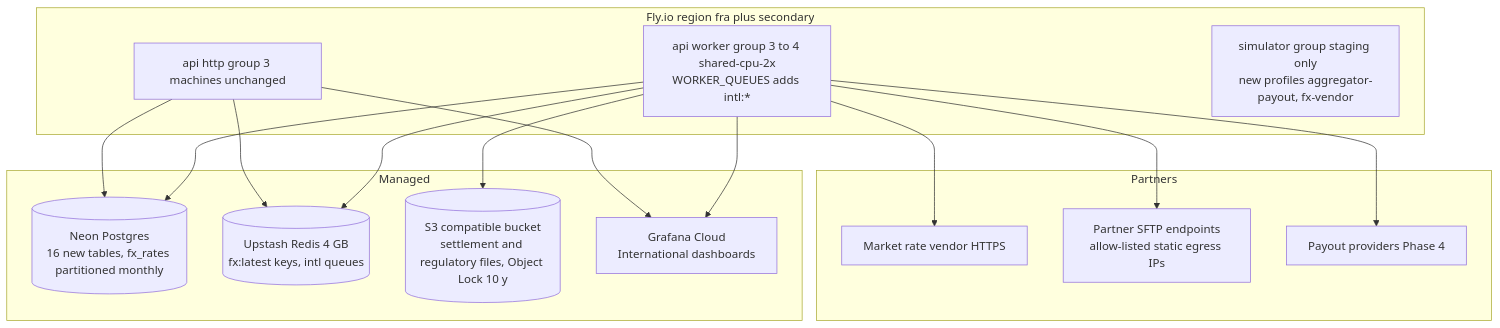
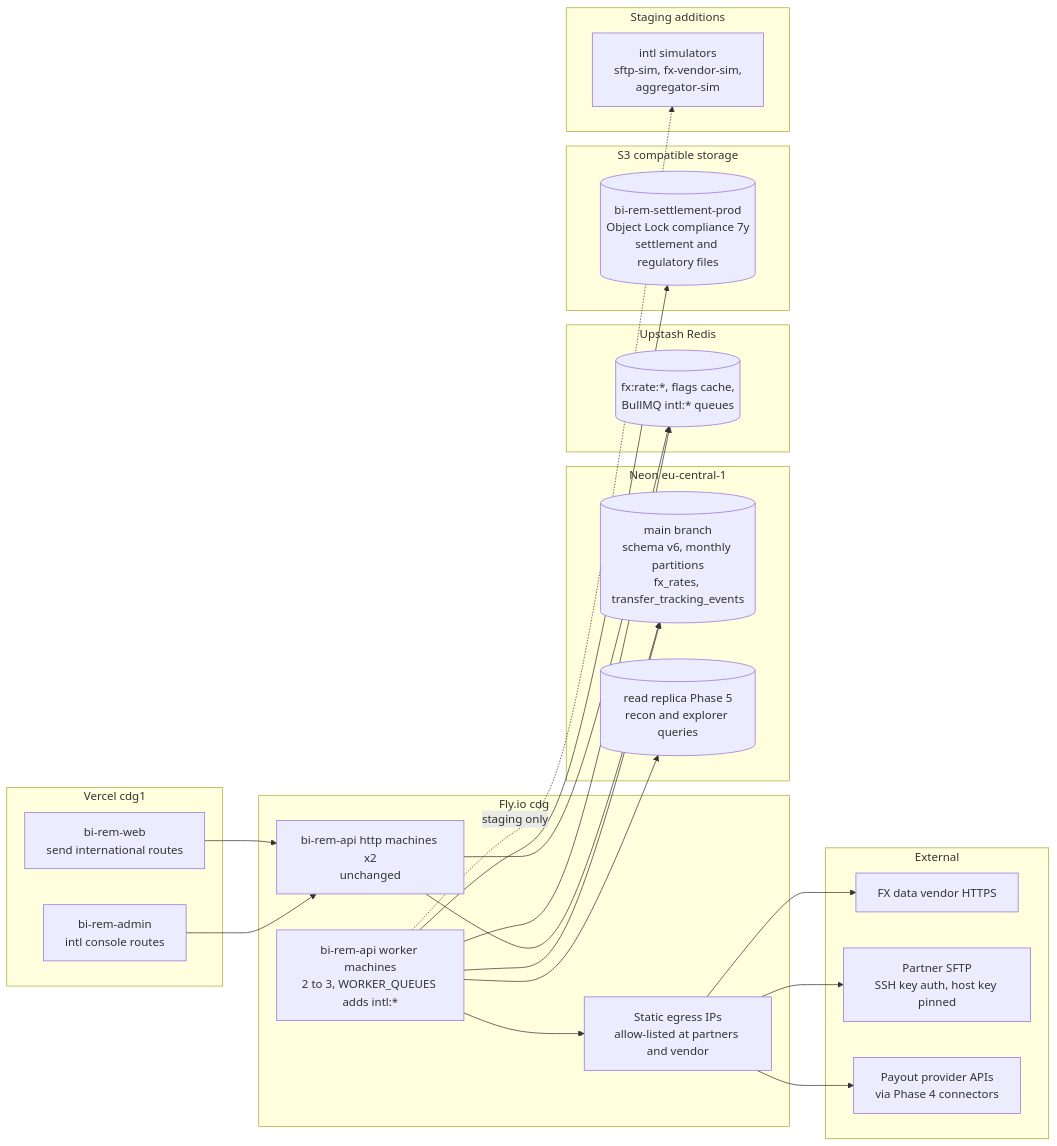
Before and after one commit to wouapit999/wouapit999: the fifth of 6 diagrams in docs/phases/phase-06-international.md, drawn with Mermaid. The commit also changed other lines of this file and 5 other files, not shown here.

````diff
--- a/docs/phases/phase-06-international.md
+++ b/docs/phases/phase-06-international.md
@@ -316,29 +366,44 @@
 ```mermaid
-flowchart TB
-  subgraph Fly["Fly.io region fra plus secondary"]
-    HTTP[api http group 3 machines unchanged]
-    WRK[api worker group 3 to 4 shared-cpu-2x<br/>WORKER_QUEUES adds intl:*]
-    SIM[simulator group staging only<br/>new profiles aggregator-payout, fx-vendor]
+flowchart LR
+  subgraph fly["Fly.io cdg"]
+    HTTP["bi-rem-api http machines x2<br/>unchanged"]
+    WRK["bi-rem-api worker machines<br/>2 to 3, WORKER_QUEUES adds intl:*"]
+    EGRESS["Static egress IPs<br/>allow-listed at partners and vendor"]
   end
-  subgraph Managed
-    NEON[(Neon Postgres<br/>16 new tables, fx_rates partitioned monthly)]
-    REDIS[(Upstash Redis 4 GB<br/>fx:latest keys, intl queues)]
-    BUCKET[(S3 compatible bucket<br/>settlement and regulatory files, Object Lock 10 y)]
-    GRAF[Grafana Cloud<br/>International dashboards]
+  subgraph vercel["Vercel cdg1"]
+    WEBV["bi-rem-web<br/>send international routes"]
+    ADMV["bi-rem-admin<br/>intl console routes"]
   end
-  subgraph Partners
-    VENDOR[Market rate vendor HTTPS]
-    PSFTP[Partner SFTP endpoints<br/>allow-listed static egress IPs]
-    PROV[Payout providers Phase 4]
+  subgraph neon["Neon eu-central-1"]
+    DB[("main branch<br/>schema v6, monthly partitions<br/>fx_rates, transfer_tracking_events")]
+    RR[("read replica Phase 5<br/>recon and explorer queries")]
   end
-  WRK --> NEON
-  WRK --> REDIS
-  WRK --> BUCKET
-  WRK --> VENDOR
-  WRK --> PSFTP
-  WRK --> PROV
-  HTTP --> REDIS
-  HTTP --> NEON
-  WRK --> GRAF
-  HTTP --> GRAF
+  subgraph upstash["Upstash Redis"]
+    RD[("fx:rate:*, flags cache,<br/>BullMQ intl:* queues")]
+  end
+  subgraph s3["S3 compatible storage"]
+    BKT[("bi-rem-settlement-prod<br/>Object Lock compliance 7y<br/>settlement and regulatory files")]
+  end
+  subgraph external["External"]
+    VEND["FX data vendor HTTPS"]
+    SFTPS["Partner SFTP<br/>SSH key auth, host key pinned"]
+    PROV["Payout provider APIs<br/>via Phase 4 connectors"]
+  end
+  subgraph staging["Staging additions"]
+    SIM["intl simulators<br/>sftp-sim, fx-vendor-sim,<br/>aggregator-sim"]
+  end
+
+  HTTP --> DB
+  HTTP --> RD
+  WRK --> DB
+  WRK --> RR
+  WRK --> RD
+  WRK --> BKT
+  WRK --> EGRESS
+  EGRESS --> VEND
+  EGRESS --> SFTPS
+  EGRESS --> PROV
+  WEBV --> HTTP
+  ADMV --> HTTP
+  WRK -. staging only .-> SIM
 ```
````
